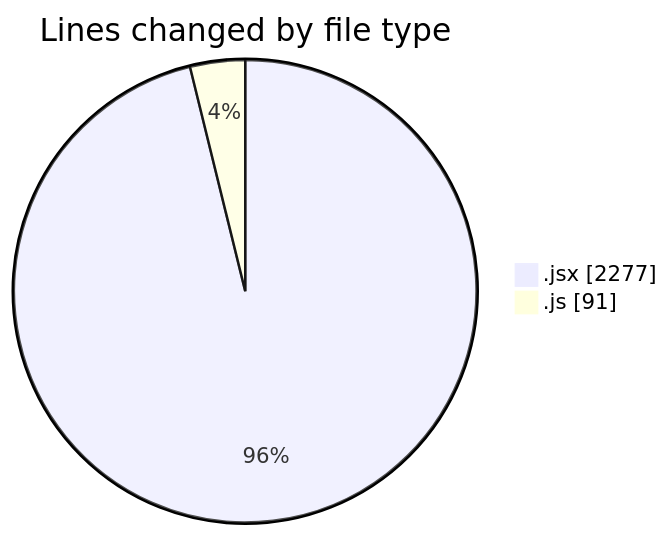
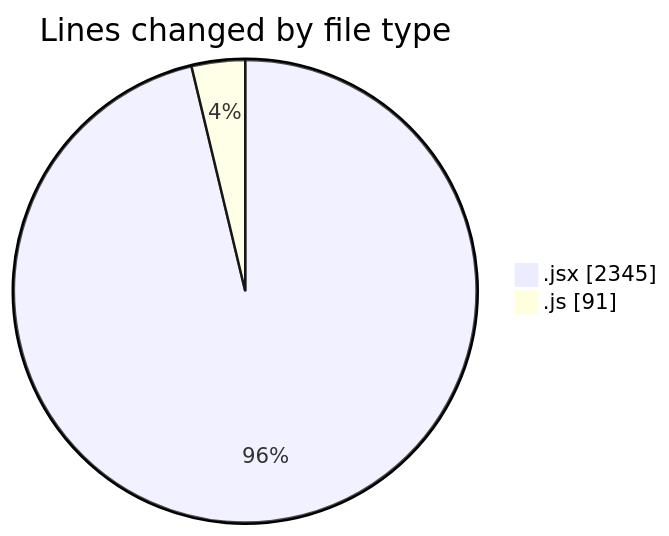
Before and after one commit to nxtqubesakshisongat/code-tracking: the first of 2 diagrams in 2025-07-07/argos/README.md, drawn with Mermaid. The commit also changed other lines of this file and 1 other file, not shown here.

````diff
--- a/2025-07-07/argos/README.md
+++ b/2025-07-07/argos/README.md
@@ -23,6 +23,6 @@
 ```mermaid
 pie showData
 title Lines changed by file type
-".jsx" : 2277
+".jsx" : 2345
 ".js" : 91
 ```
````
